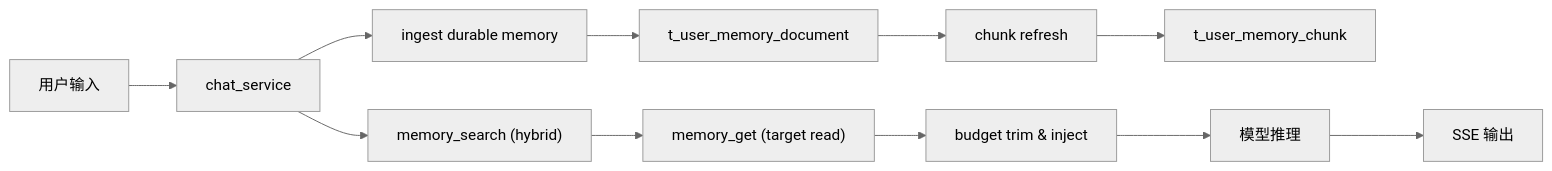
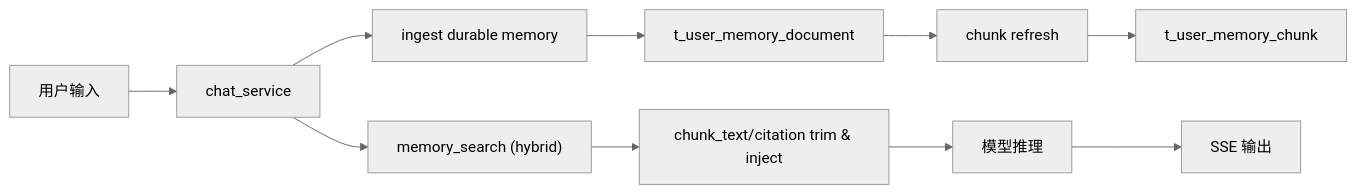
The diagram in docs/内部参考/迭代需求/文档化永久记忆_implementation_plan.md (jijingkun-commits/fastapi), drawn with Mermaid (neutral theme) before and after one commit. The commit also changed other lines of this file and 39 other files, not shown here.

````diff
--- a/docs/内部参考/迭代需求/文档化永久记忆_implementation_plan.md
+++ b/docs/内部参考/迭代需求/文档化永久记忆_implementation_plan.md
@@ -53,13 +53,12 @@
 ```mermaid
 flowchart LR
 U["用户输入"] --> C["chat_service"]
 C --> I["ingest durable memory"]
 I --> D["t_user_memory_document"]
 D --> K["chunk refresh"]
 K --> H["t_user_memory_chunk"]
 C --> S["memory_search (hybrid)"]
-S --> G["memory_get (target read)"]
-G --> B["budget trim & inject"]
+S --> B["chunk_text/citation trim & inject"]
 B --> LLM["模型推理"]
 LLM --> O["SSE 输出"]
 ```
````
